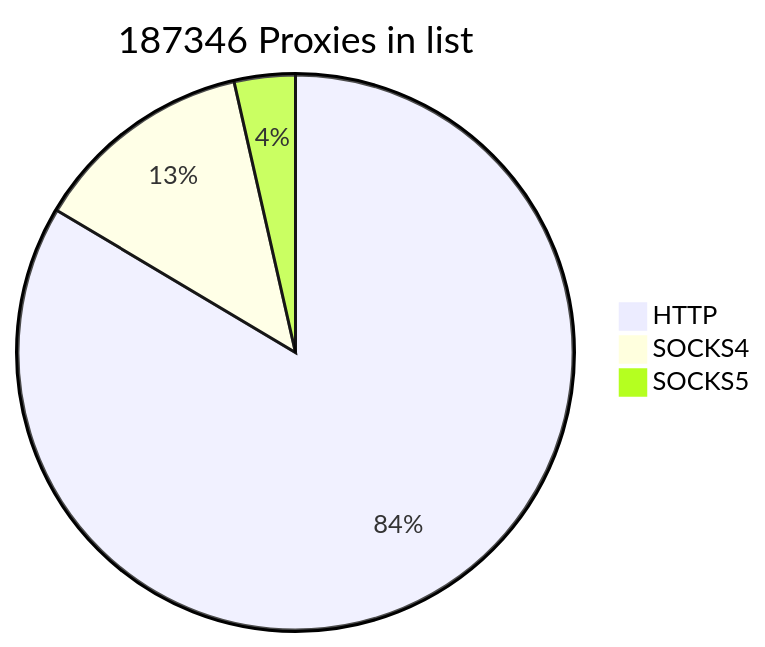
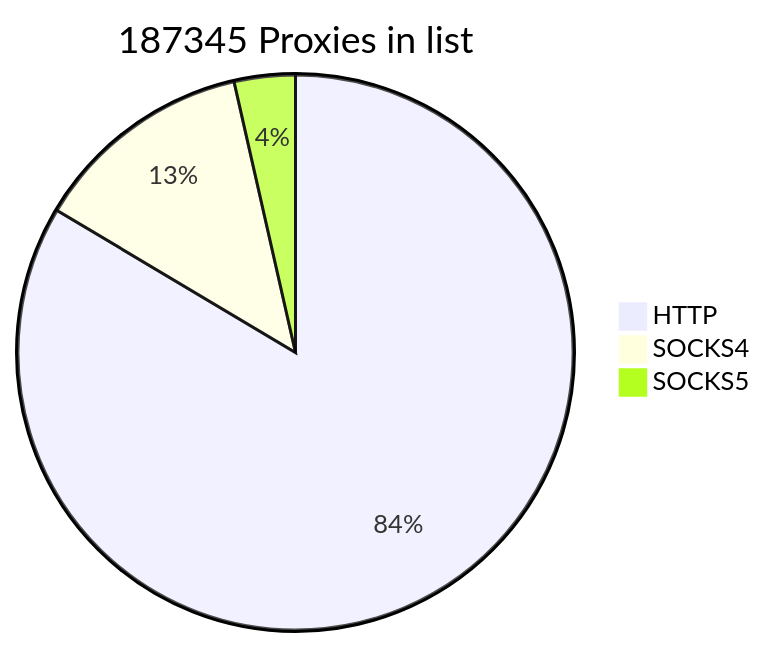
Before and after one commit to cutipu/proxylist: the first of 2 diagrams in README.md, drawn with Mermaid. The commit also changed other lines of this file, not shown here.

````diff
--- a/README.md
+++ b/README.md
@@ -2,7 +2,7 @@
 ```mermaid
-pie title 187346 Proxies in list
+pie title 187345 Proxies in list
     "HTTP" : 156535
-    "SOCKS4" : 24157
+    "SOCKS4" : 24156
     "SOCKS5" : 6654
             
 ```
````
